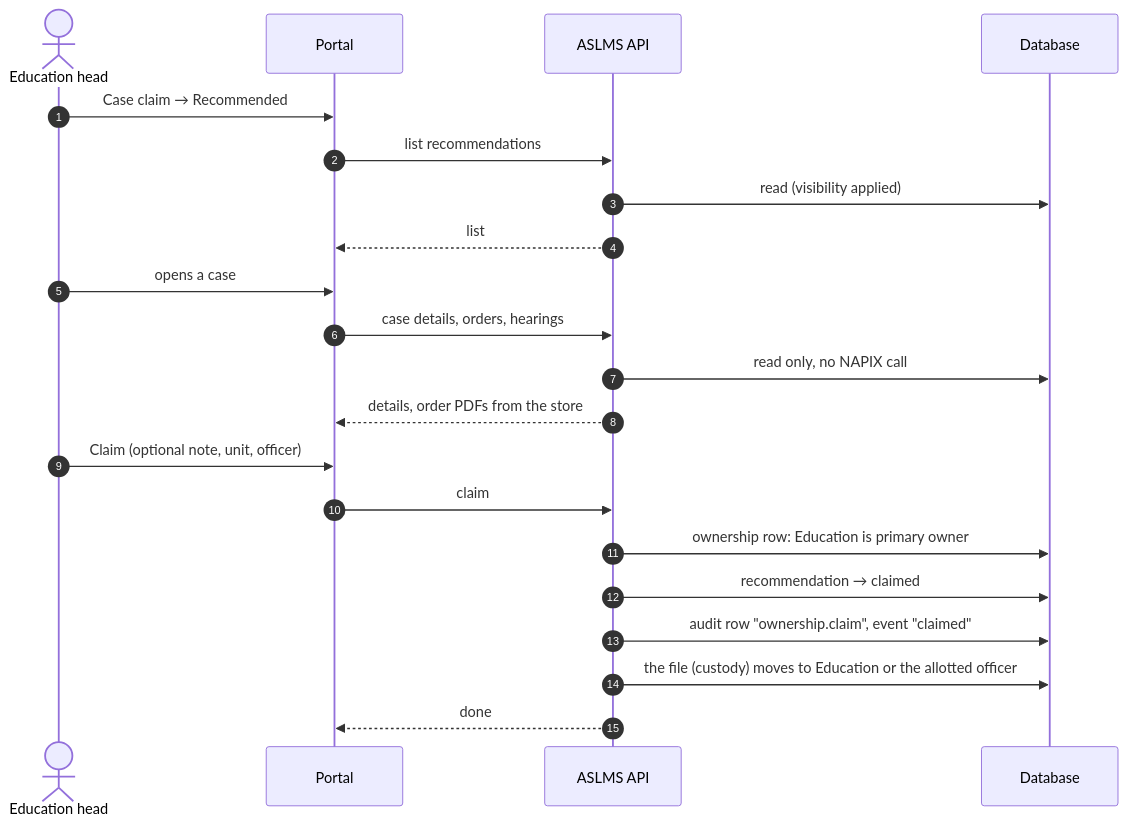
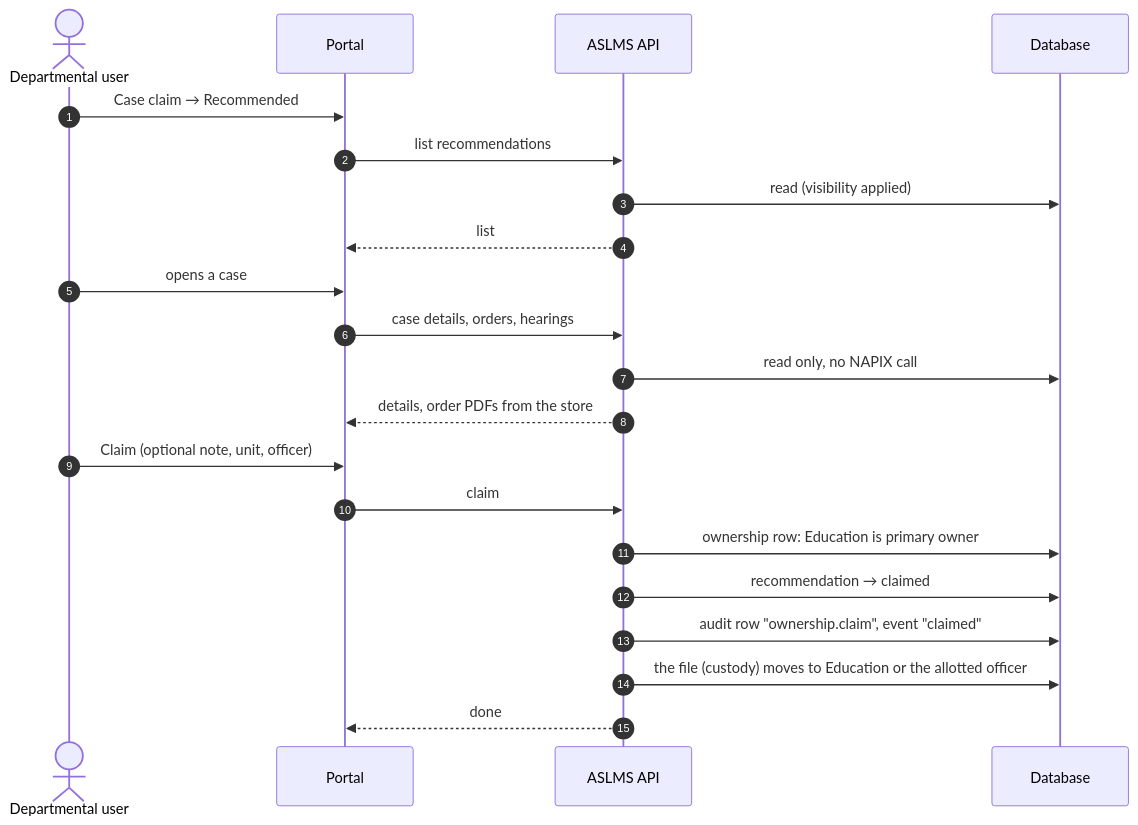
Before and after one commit to nayanlhuzuri/ASLMS: the eighth of 10 diagrams in docs/ASLMS_Process_Workflows.md, drawn with Mermaid. The commit also changed other lines of this file, not shown here.

Commit message:
docs: process workflows speak of a departmental user, not a named person or one role

````diff
--- a/docs/ASLMS_Process_Workflows.md
+++ b/docs/ASLMS_Process_Workflows.md
@@ -491,24 +493,24 @@
 ```mermaid
 sequenceDiagram
     autonumber
-    actor O as Education head
+    actor O as Departmental user
     participant W as Portal
     participant A as ASLMS API
     participant D as Database
 
     O->>W: Case claim → Recommended
     W->>A: list recommendations
     A->>D: read (visibility applied)
     A-->>W: list
     O->>W: opens a case
     W->>A: case details, orders, hearings
     A->>D: read only, no NAPIX call
     A-->>W: details, order PDFs from the store
     O->>W: Claim (optional note, unit, officer)
     W->>A: claim
     A->>D: ownership row: Education is primary owner
     A->>D: recommendation → claimed
     A->>D: audit row "ownership.claim", event "claimed"
     A->>D: the file (custody) moves to Education or the allotted officer
     A-->>W: done
 ```
````
